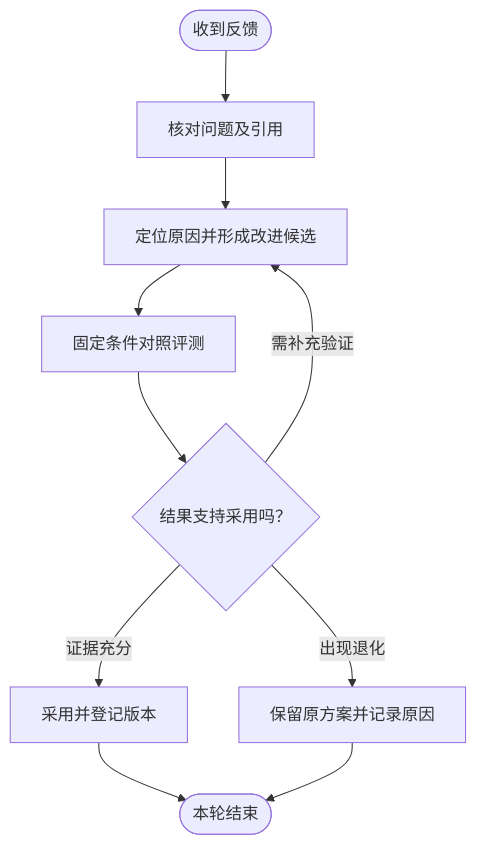
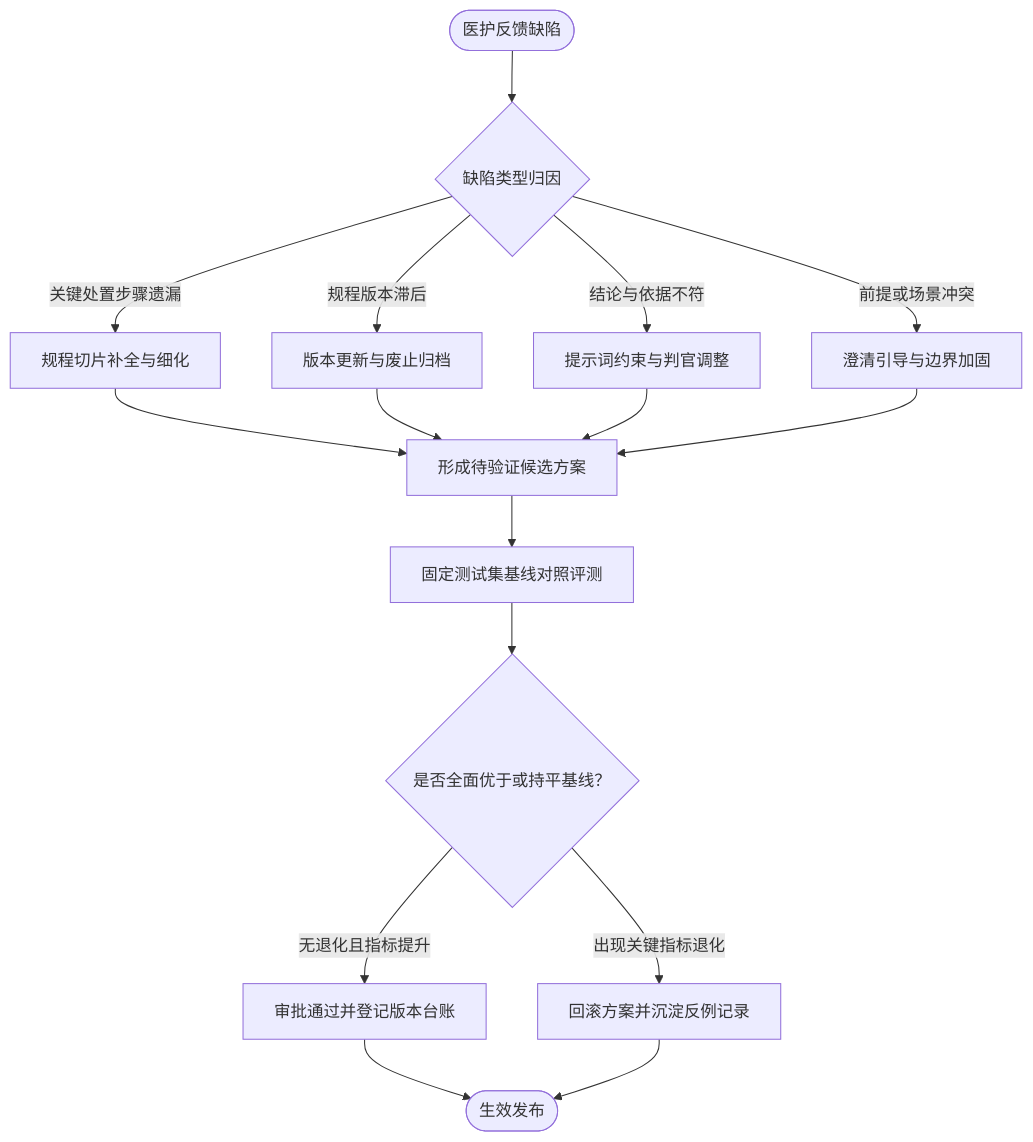
Before and after one commit to ch1209498273/medical-rag-assistant-showcase: the third of 3 diagrams in README.md, drawn with Mermaid. The commit also changed other lines of this file, not shown here.

Commit message:
docs: elevate CDSS clinical evidence decision support and governance architecture

````diff
--- a/README.md
+++ b/README.md
@@ -84,12 +101,15 @@
 ```mermaid
 flowchart TD
-    A([收到反馈]) --> B[核对问题及引用]
-    B --> C[定位原因并形成改进候选]
-    C --> D[固定条件对照评测]
-    D --> E{结果支持采用吗？}
-    E -->|证据充分| F[采用并登记版本]
-    E -->|需补充验证| C
-    E -->|出现退化| G[保留原方案并记录原因]
-    F --> H([本轮结束])
-    G --> H
+    A([医护反馈缺陷]) --> B{缺陷类型归因}
+    B -->|关键处置步骤遗漏| C1[规程切片补全与细化]
+    B -->|规程版本滞后| C2[版本更新与废止归档]
+    B -->|结论与依据不符| C3[提示词约束与判官调整]
+    B -->|前提或场景冲突| C4[澄清引导与边界加固]
+    C1 & C2 & C3 & C4 --> D[形成待验证候选方案]
+    D --> E[固定测试集基线对照评测]
+    E --> F{是否全面优于或持平基线？}
+    F -->|无退化且指标提升| G[审批通过并登记版本台账]
+    F -->|出现关键指标退化| H[回滚方案并沉淀反例记录]
+    G --> I([生效发布])
+    H --> I
 ```
````
